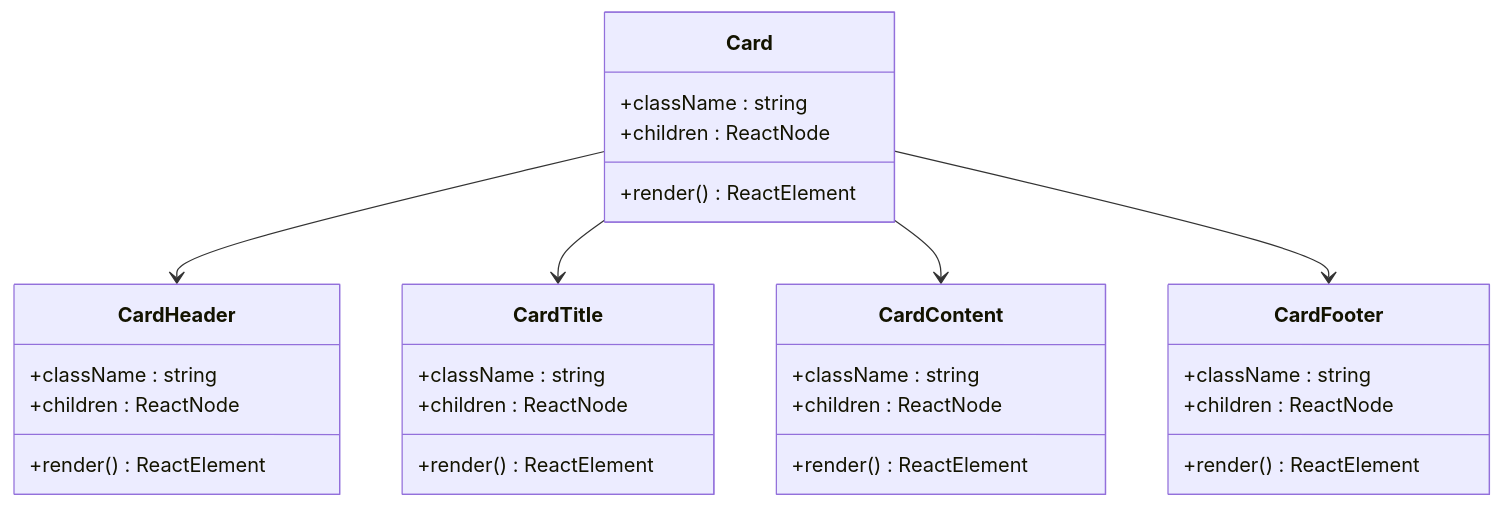
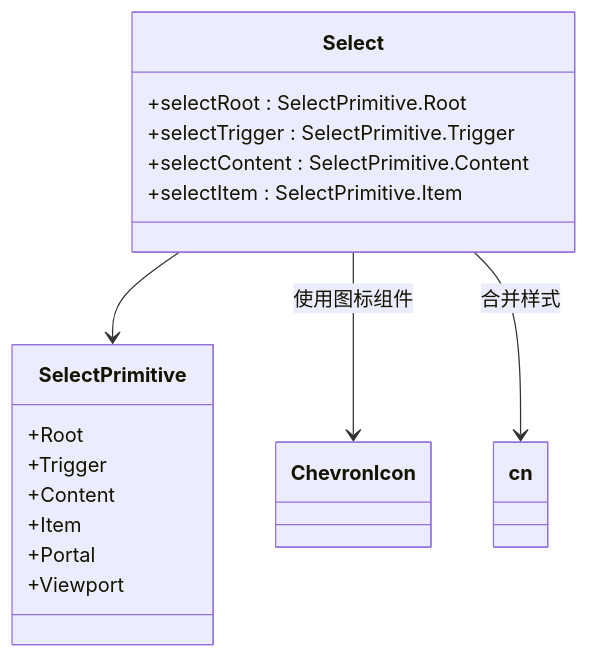
The seventh of 24 diagrams in .qoder/repowiki/zh/content/开发指南/UI_UX专业设计系统.md (RadiumAg/bilibili-favorites), drawn with Mermaid before and after one commit. The commit also changed other lines of this file and 21 other files, not shown here.

````diff
--- a/.qoder/repowiki/zh/content/开发指南/UI_UX专业设计系统.md
+++ b/.qoder/repowiki/zh/content/开发指南/UI_UX专业设计系统.md
@@ -376,32 +297,20 @@
 ```mermaid
 classDiagram
-class Card {
-+className : string
-+children : ReactNode
-+render() ReactElement
+class Select {
++selectRoot : SelectPrimitive.Root
++selectTrigger : SelectPrimitive.Trigger
++selectContent : SelectPrimitive.Content
++selectItem : SelectPrimitive.Item
 }
-class CardHeader {
-+className : string
-+children : ReactNode
-+render() ReactElement
+class SelectPrimitive {
++Root
++Trigger
++Content
++Item
++Portal
++Viewport
 }
-class CardTitle {
-+className : string
-+children : ReactNode
-+render() ReactElement
-}
-class CardContent {
-+className : string
-+children : ReactNode
-+render() ReactElement
-}
-class CardFooter {
-+className : string
-+children : ReactNode
-+render() ReactElement
-}
-Card --> CardHeader
-Card --> CardTitle
-Card --> CardContent
-Card --> CardFooter
+Select --> SelectPrimitive
+Select --> ChevronIcon : 使用图标组件
+Select --> cn : 合并样式
 ```
````
